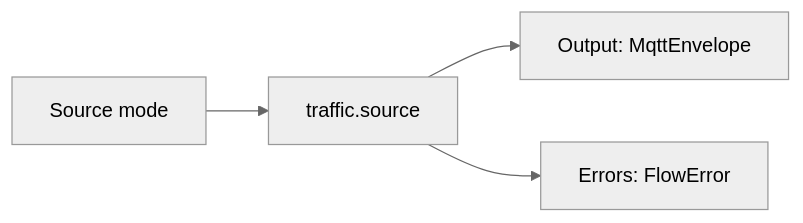
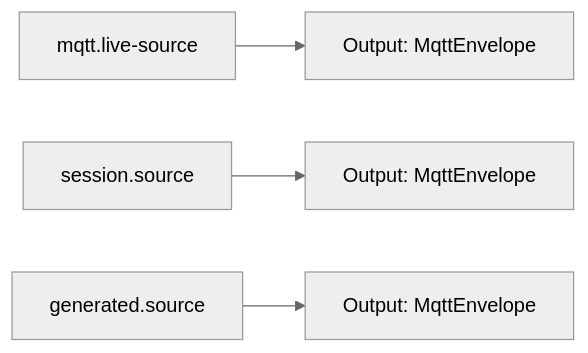
Before and after one commit to araxis/FluxMq: the third of 19 diagrams in docs/flow-components.md, drawn with Mermaid (neutral theme). The commit also changed other lines of this file and 70 other files, not shown here.

````diff
--- a/docs/flow-components.md
+++ b/docs/flow-components.md
@@ -66,6 +66,6 @@
 ```mermaid
 flowchart LR
-    Binding["Source mode"] --> Source["traffic.source"]
-    Source --> Out["Output: MqttEnvelope"]
-    Source --> Errors["Errors: FlowError"]
+    Live["mqtt.live-source"] --> LiveOut["Output: MqttEnvelope"]
+    Stored["session.source"] --> StoredOut["Output: MqttEnvelope"]
+    Generated["generated.source"] --> GeneratedOut["Output: MqttEnvelope"]
 ```
````
